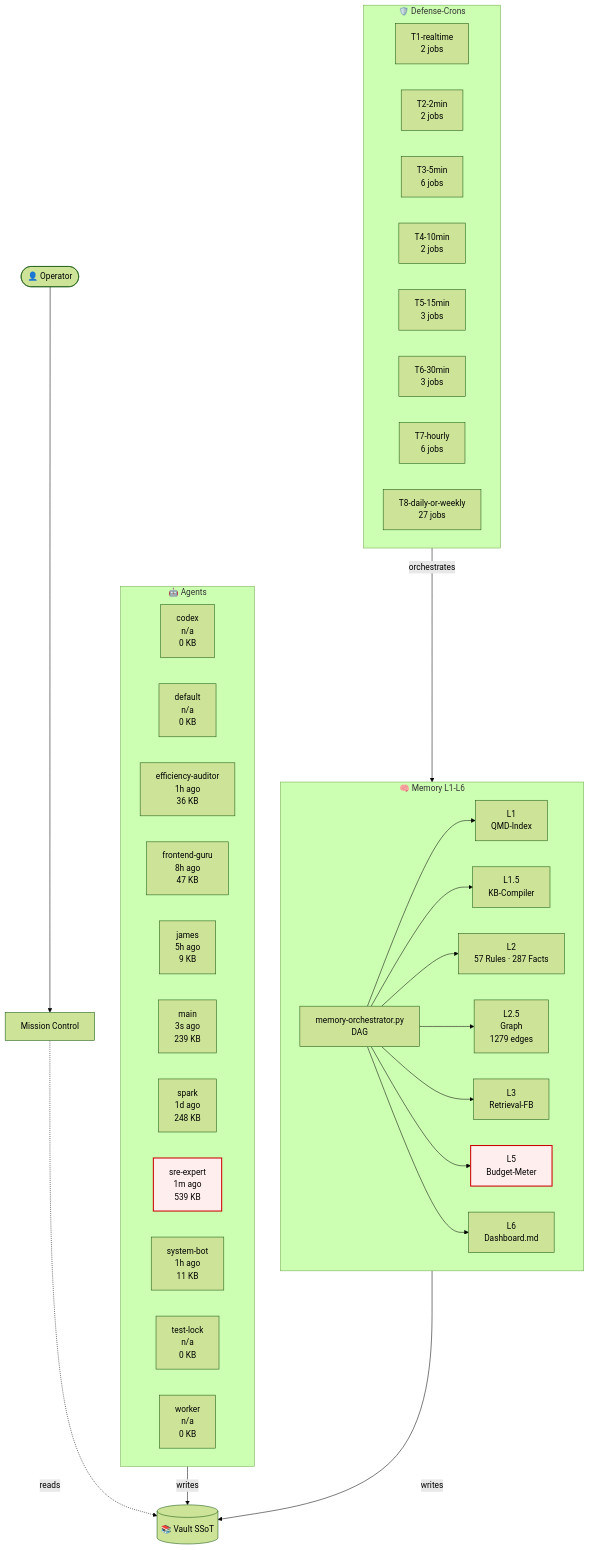
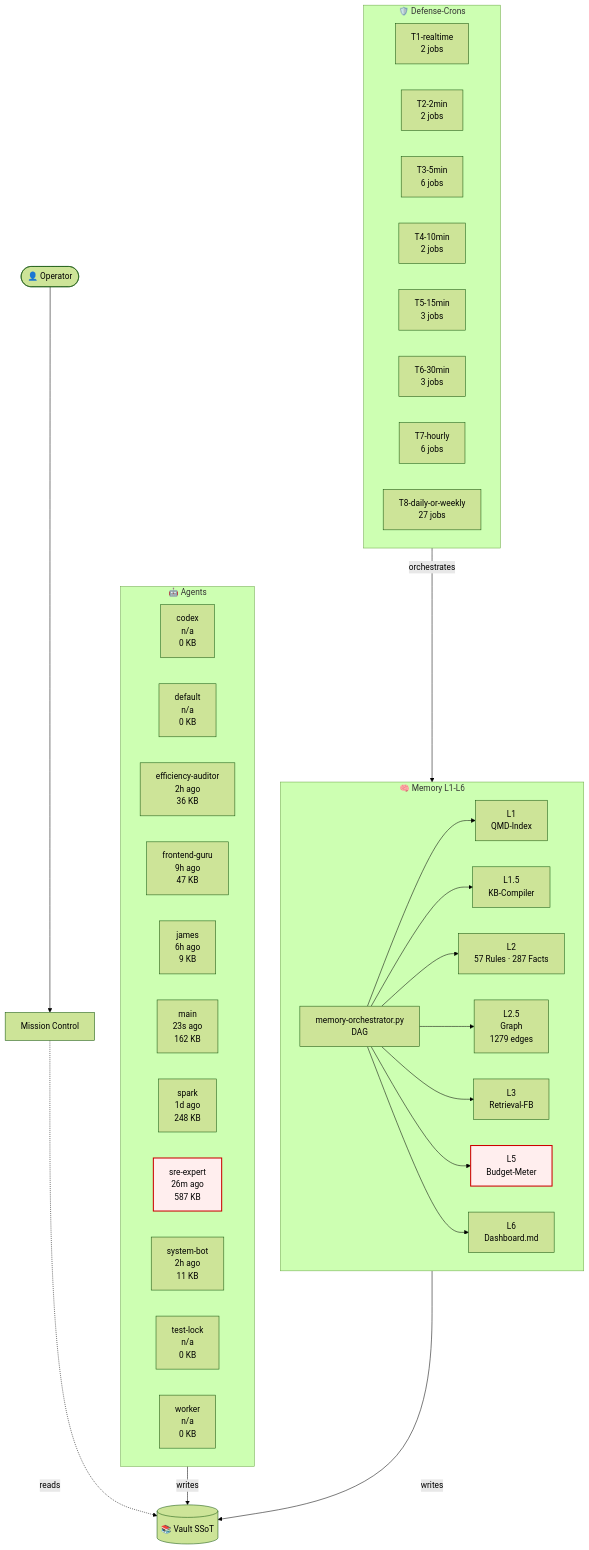
Before and after one commit to lenardhuebner88-rgb/openclaw-memory: the diagram in 03-Agents/architecture-live.md, drawn with Mermaid (forest theme). The commit also changed other lines of this file and 1 other file, not shown here.

````diff
--- a/03-Agents/architecture-live.md
+++ b/03-Agents/architecture-live.md
@@ -18,54 +18,54 @@
 ```mermaid
 flowchart TB
     classDef critical fill:#fee,stroke:#c00,stroke-width:2px;
     subgraph AGT["🤖 Agents"]
         agent_codex["codex<br/>n/a<br/>0 KB"]
         agent_default["default<br/>n/a<br/>0 KB"]
-        agent_efficiency_auditor["efficiency-auditor<br/>1h ago<br/>36 KB"]
-        agent_frontend_guru["frontend-guru<br/>8h ago<br/>47 KB"]
-        agent_james["james<br/>5h ago<br/>9 KB"]
-        agent_main["main<br/>3s ago<br/>239 KB"]
+        agent_efficiency_auditor["efficiency-auditor<br/>2h ago<br/>36 KB"]
+        agent_frontend_guru["frontend-guru<br/>9h ago<br/>47 KB"]
+        agent_james["james<br/>6h ago<br/>9 KB"]
+        agent_main["main<br/>23s ago<br/>162 KB"]
         agent_spark["spark<br/>1d ago<br/>248 KB"]
-        agent_sre_expert["sre-expert<br/>1m ago<br/>539 KB"]
-        agent_system_bot["system-bot<br/>1h ago<br/>11 KB"]
+        agent_sre_expert["sre-expert<br/>26m ago<br/>587 KB"]
+        agent_system_bot["system-bot<br/>2h ago<br/>11 KB"]
         agent_test_lock["test-lock<br/>n/a<br/>0 KB"]
         agent_worker["worker<br/>n/a<br/>0 KB"]
     end
     subgraph MEM["🧠 Memory L1-L6"]
         L1["L1<br/>QMD-Index"]
         L15["L1.5<br/>KB-Compiler"]
         L2["L2<br/>57 Rules · 287 Facts"]
         L25["L2.5<br/>Graph<br/>1279 edges"]
         L3["L3<br/>Retrieval-FB"]
         L5["L5<br/>Budget-Meter"]
         L6["L6<br/>Dashboard.md"]
         ORCH["memory-orchestrator.py<br/>DAG"]
     end
     subgraph CRN["🛡️ Defense-Crons"]
         tier_T1_realtime["T1-realtime<br/>2 jobs"]
         tier_T2_2min["T2-2min<br/>2 jobs"]
         tier_T3_5min["T3-5min<br/>6 jobs"]
         tier_T4_10min["T4-10min<br/>2 jobs"]
         tier_T5_15min["T5-15min<br/>3 jobs"]
         tier_T6_30min["T6-30min<br/>3 jobs"]
         tier_T7_hourly["T7-hourly<br/>6 jobs"]
         tier_T8_daily_or_weekly["T8-daily-or-weekly<br/>27 jobs"]
     end
     VAULT[("📚 Vault SSoT")]
     OP([👤 Operator])
     MC["Mission Control"]
     OP --> MC
     MC -.reads.-> VAULT
     AGT -->|writes| VAULT
     MEM -->|writes| VAULT
     ORCH --> L1
     ORCH --> L15
     ORCH --> L2
     ORCH --> L25
     ORCH --> L3
     ORCH --> L5
     ORCH --> L6
     CRN -->|orchestrates| MEM
     class L5 critical
     class agent_sre_expert critical
 ```
````
